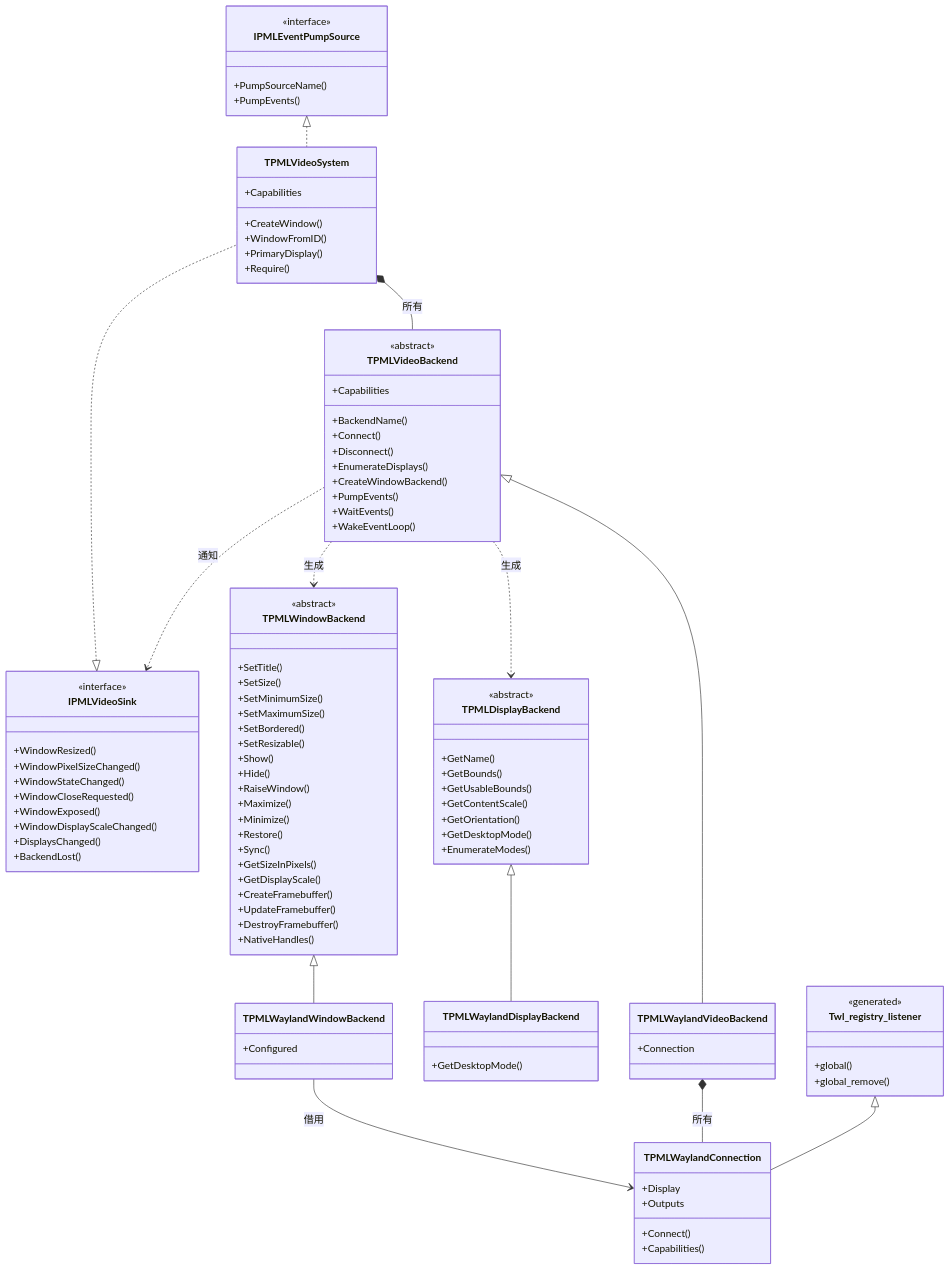
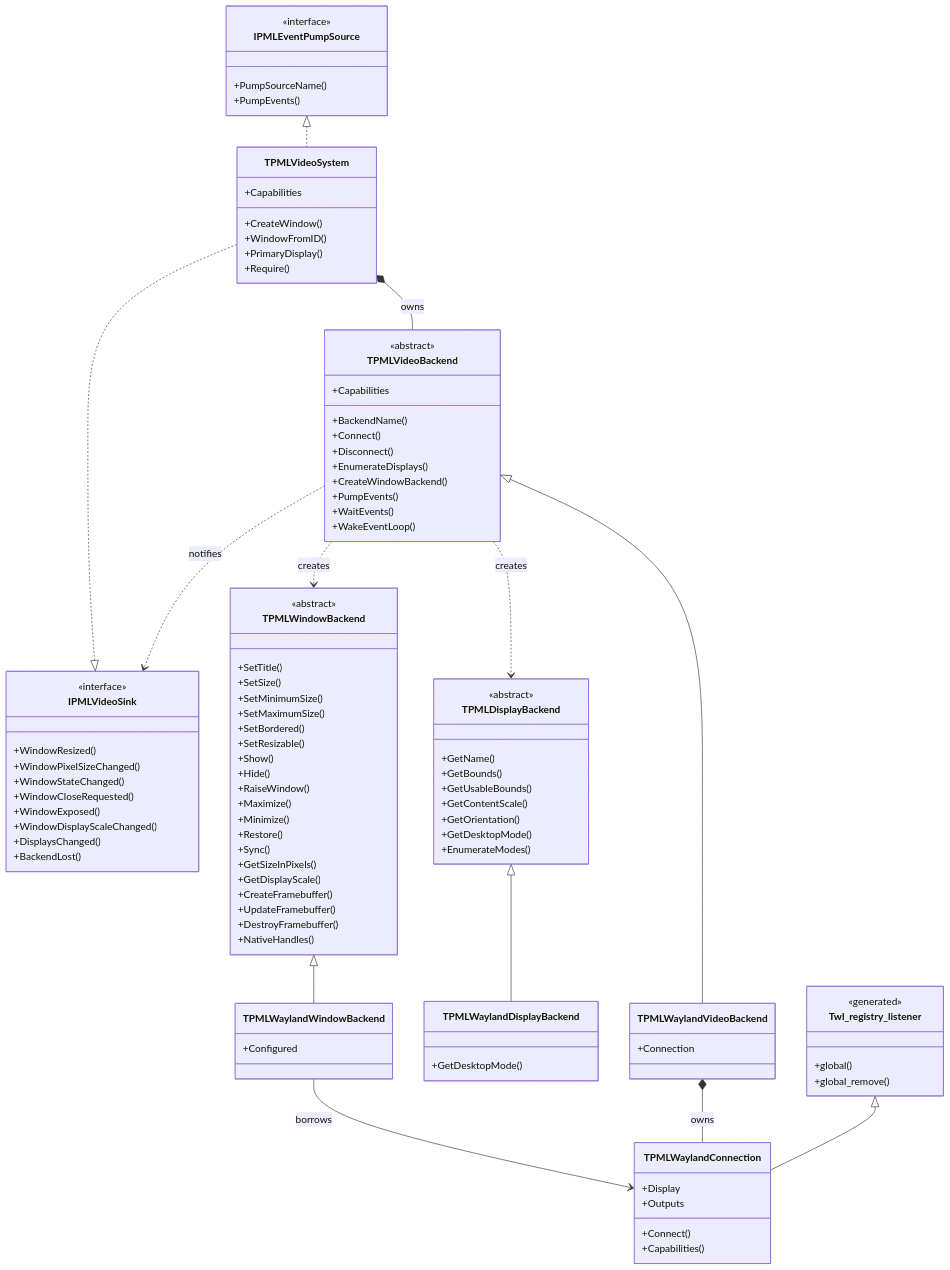
One commit to tankoha/papimela changed the first of 2 diagrams in docs/diagrams/backend-abstraction.md. Above: the diagram before and after it, drawn with Mermaid. The commit also changed other lines of this file and 16 other files, not shown here.

First line of the commit message:
クラス図を5枚に拡充し、英語版を正・日本語版を _jp に分けた

````diff
--- a/docs/diagrams/backend-abstraction.md
+++ b/docs/diagrams/backend-abstraction.md
@@ -130,10 +130,10 @@
     IPMLVideoSink <|.. TPMLVideoSystem
     IPMLEventPumpSource <|.. TPMLVideoSystem
 
-    TPMLVideoSystem *-- TPMLVideoBackend : 所有
-    TPMLWaylandVideoBackend *-- TPMLWaylandConnection : 所有
-    TPMLVideoBackend ..> IPMLVideoSink : 通知
-    TPMLVideoBackend ..> TPMLDisplayBackend : 生成
-    TPMLVideoBackend ..> TPMLWindowBackend : 生成
-    TPMLWaylandWindowBackend --> TPMLWaylandConnection : 借用
+    TPMLVideoSystem *-- TPMLVideoBackend : owns
+    TPMLWaylandVideoBackend *-- TPMLWaylandConnection : owns
+    TPMLVideoBackend ..> IPMLVideoSink : notifies
+    TPMLVideoBackend ..> TPMLDisplayBackend : creates
+    TPMLVideoBackend ..> TPMLWindowBackend : creates
+    TPMLWaylandWindowBackend --> TPMLWaylandConnection : borrows
 ```
````
